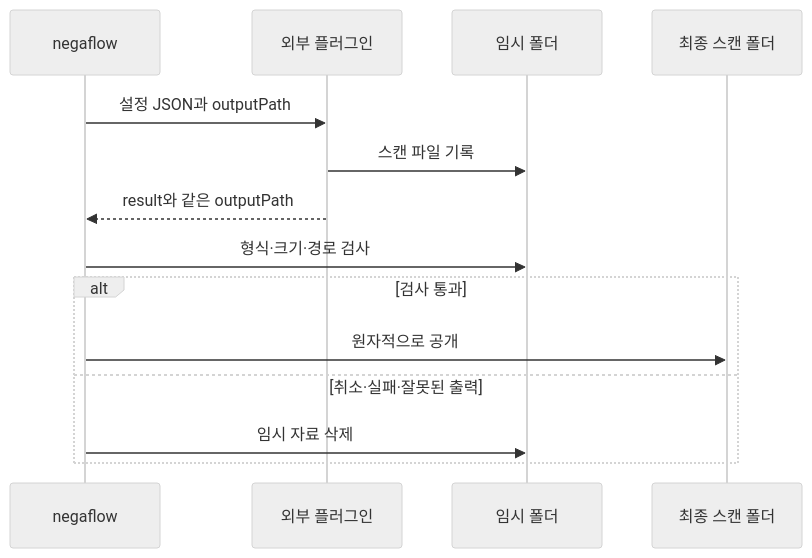
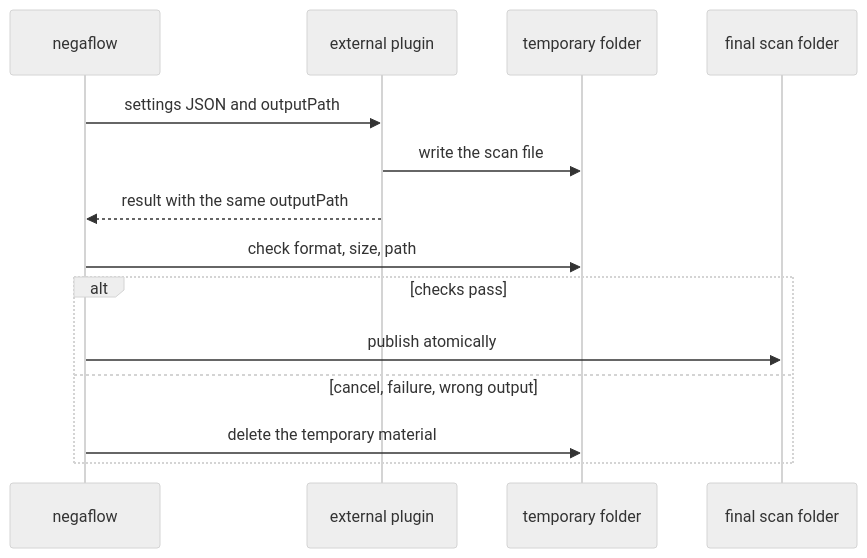
The second of 2 diagrams in docs/architecture/SCANNER_PLUGINS.md (habinsong/negaflow), drawn with Mermaid (neutral theme) before and after one commit. The commit also changed other lines of this file and 119 other files, not shown here.

````diff
--- a/docs/architecture/SCANNER_PLUGINS.md
+++ b/docs/architecture/SCANNER_PLUGINS.md
@@ -184,17 +190,17 @@
 ```mermaid
 sequenceDiagram
     participant App as negaflow
-    participant Plugin as 외부 플러그인
-    participant Temp as 임시 폴더
-    participant Library as 최종 스캔 폴더
+    participant Plugin as external plugin
+    participant Temp as temporary folder
+    participant Library as final scan folder
 
-    App->>Plugin: 설정 JSON과 outputPath
-    Plugin->>Temp: 스캔 파일 기록
-    Plugin-->>App: result와 같은 outputPath
-    App->>Temp: 형식·크기·경로 검사
-    alt 검사 통과
-        App->>Library: 원자적으로 공개
-    else 취소·실패·잘못된 출력
-        App->>Temp: 임시 자료 삭제
+    App->>Plugin: settings JSON and outputPath
+    Plugin->>Temp: write the scan file
+    Plugin-->>App: result with the same outputPath
+    App->>Temp: check format, size, path
+    alt checks pass
+        App->>Library: publish atomically
+    else cancel, failure, wrong output
+        App->>Temp: delete the temporary material
     end
 ```
````
